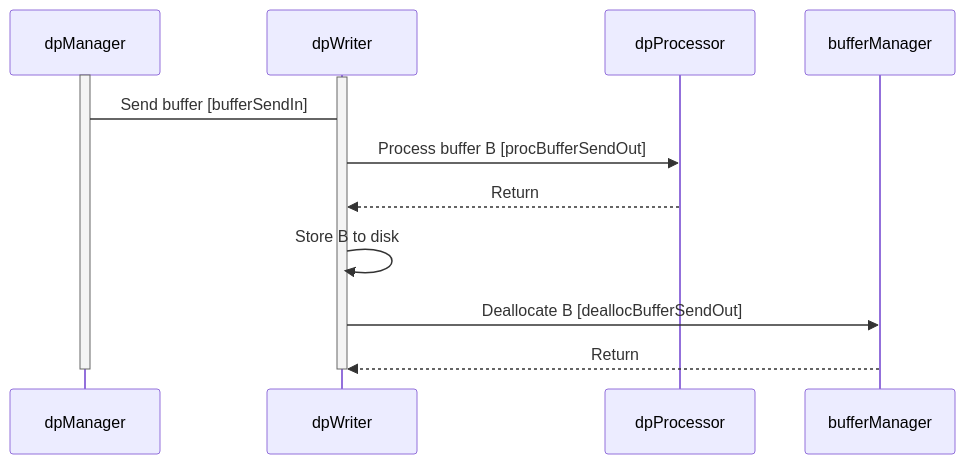
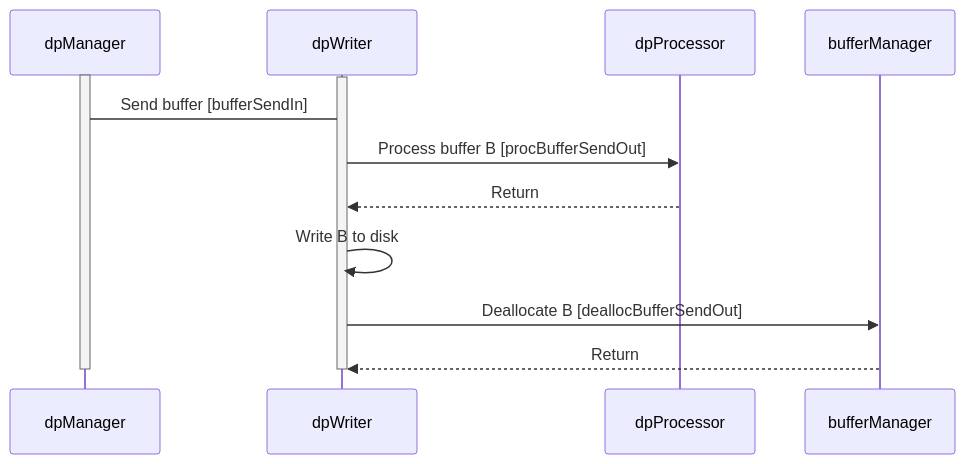
Before and after one commit to bocchino/fprime: the diagram in Svc/DpWriter/docs/sdd.md, drawn with Mermaid.

Commit message:
Revise DpWriter SDD

````diff
--- a/Svc/DpWriter/docs/sdd.md
+++ b/Svc/DpWriter/docs/sdd.md
@@ -170,13 +170,13 @@
 ```mermaid
 sequenceDiagram
     activate dpManager
     activate dpWriter
     dpManager->dpWriter: Send buffer [bufferSendIn]
     dpWriter->>dpProcessor: Process buffer B [procBufferSendOut]
     dpProcessor-->>dpWriter: Return
-    dpWriter->>dpWriter: Store B to disk
+    dpWriter->>dpWriter: Write B to disk
     dpWriter->>bufferManager: Deallocate B [deallocBufferSendOut]
     bufferManager-->>dpWriter: Return
     deactivate dpWriter
     deactivate dpManager
 ```
````
